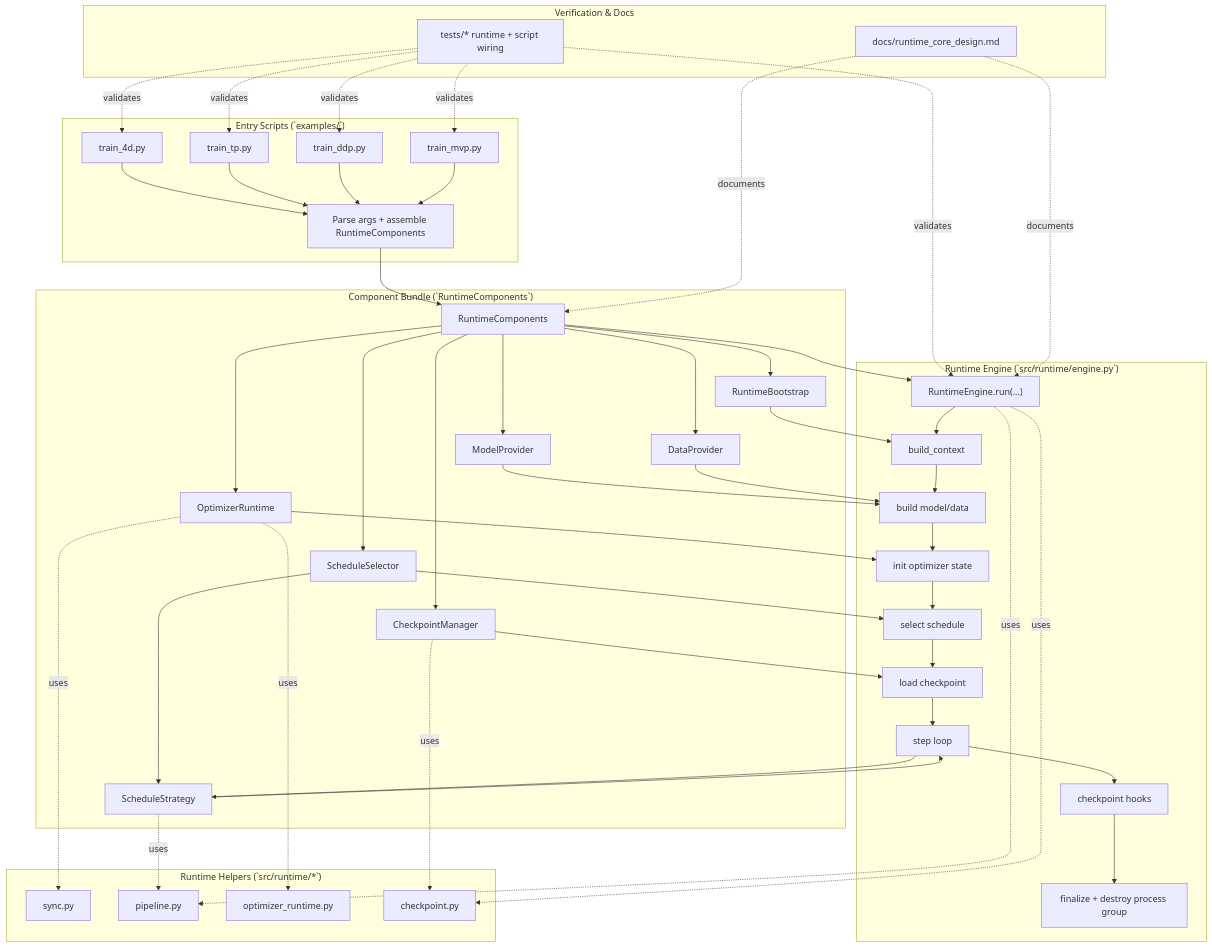
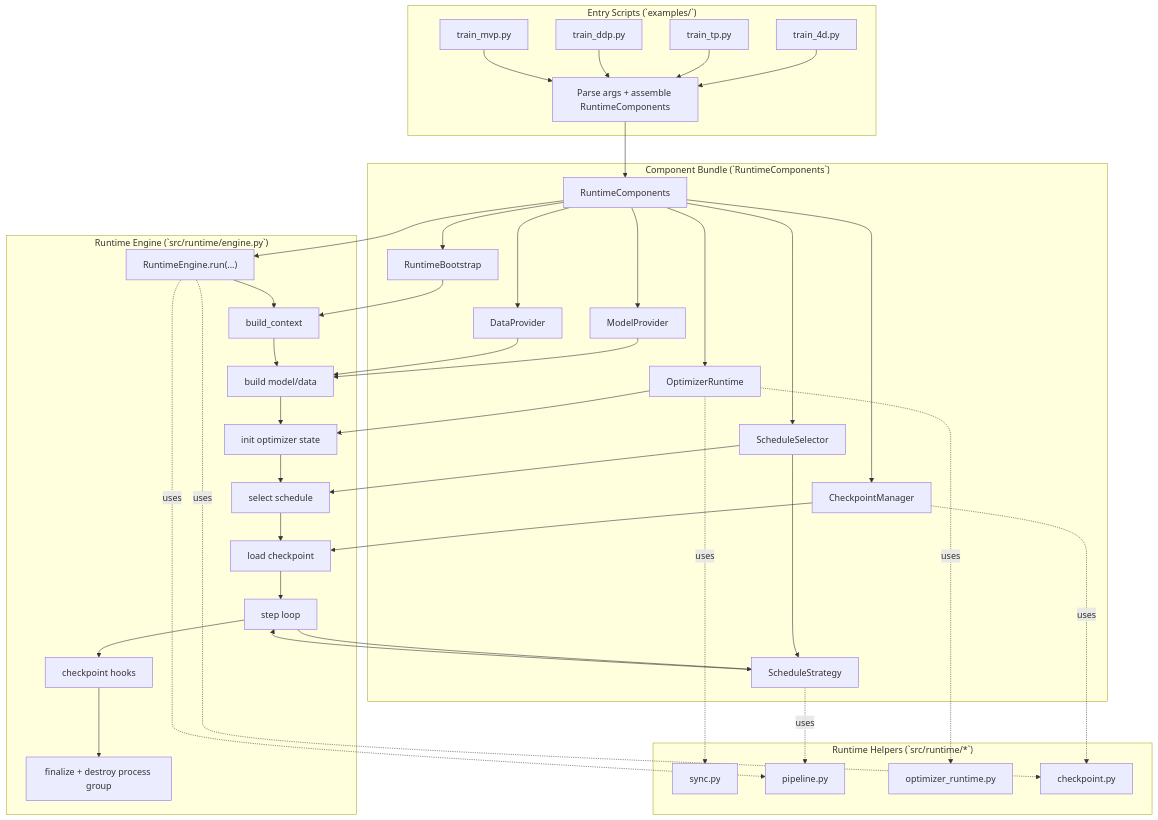
The diagram in README.md (lastweek/nano-train), drawn with Mermaid before and after one commit. The commit also changed other lines of this file and 58 other files, not shown here.

````diff
--- a/README.md
+++ b/README.md
@@ -182,11 +156,6 @@
         H2["pipeline.py"]
         H3["optimizer_runtime.py"]
         H4["checkpoint.py"]
-    end
-
-    subgraph V["Verification & Docs"]
-        V1["tests/* runtime + script wiring"]
-        V2["docs/runtime_core_design.md"]
     end
 
     E1 --> E5
@@ -228,12 +197,4 @@
     C7 -. uses .-> H4
     R0 -. uses .-> H2
     R0 -. uses .-> H4
-
-    V1 -. validates .-> R0
-    V1 -. validates .-> E1
-    V1 -. validates .-> E2
-    V1 -. validates .-> E3
-    V1 -. validates .-> E4
-    V2 -. documents .-> R0
-    V2 -. documents .-> C0
 ```
````
